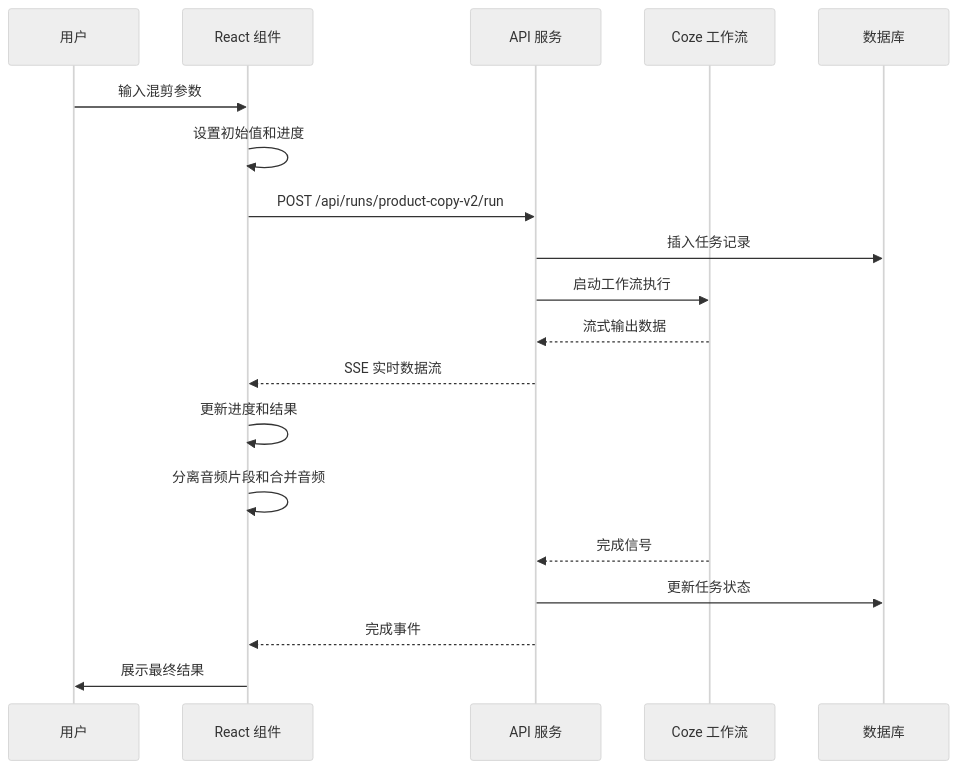
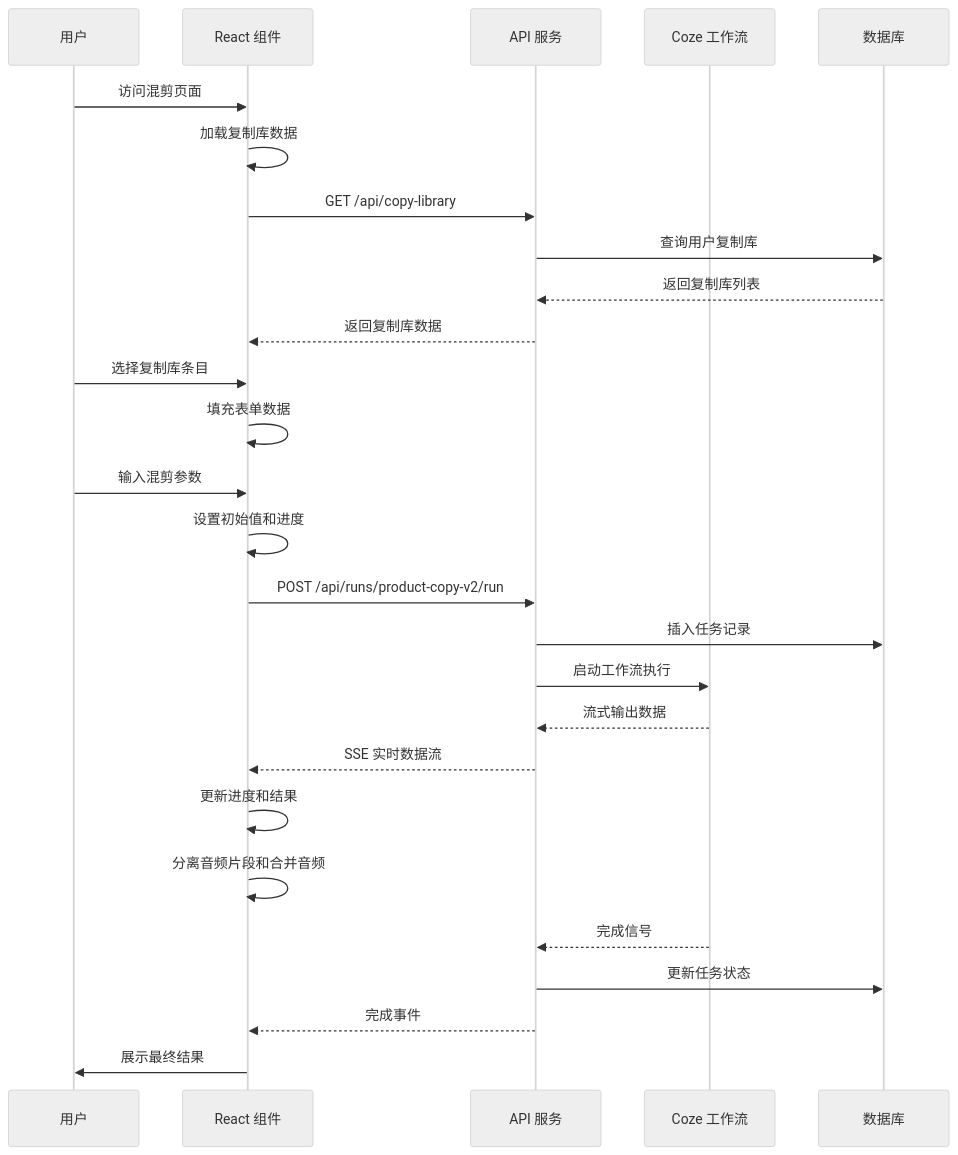
Before and after one commit to hanksd769-droid/sailshub: the third of 13 diagrams in .qoder/repowiki/zh/content/前端组件架构/页面组件/混剪功能页面.md, drawn with Mermaid (neutral theme). The commit also changed other lines of this file and 6 other files, not shown here.

````diff
--- a/.qoder/repowiki/zh/content/前端组件架构/页面组件/混剪功能页面.md
+++ b/.qoder/repowiki/zh/content/前端组件架构/页面组件/混剪功能页面.md
@@ -186,21 +225,29 @@
 ```mermaid
 sequenceDiagram
 participant User as 用户
 participant UI as React 组件
 participant API as API 服务
 participant Coze as Coze 工作流
 participant DB as 数据库
+User->>UI : 访问混剪页面
+UI->>UI : 加载复制库数据
+UI->>API : GET /api/copy-library
+API->>DB : 查询用户复制库
+DB-->>API : 返回复制库列表
+API-->>UI : 返回复制库数据
+User->>UI : 选择复制库条目
+UI->>UI : 填充表单数据
 User->>UI : 输入混剪参数
 UI->>UI : 设置初始值和进度
 UI->>API : POST /api/runs/product-copy-v2/run
 API->>DB : 插入任务记录
 API->>Coze : 启动工作流执行
 Coze-->>API : 流式输出数据
 API-->>UI : SSE 实时数据流
 UI->>UI : 更新进度和结果
 UI->>UI : 分离音频片段和合并音频
 Coze-->>API : 完成信号
 API->>DB : 更新任务状态
 API-->>UI : 完成事件
 UI->>User : 展示最终结果
 ```
````
